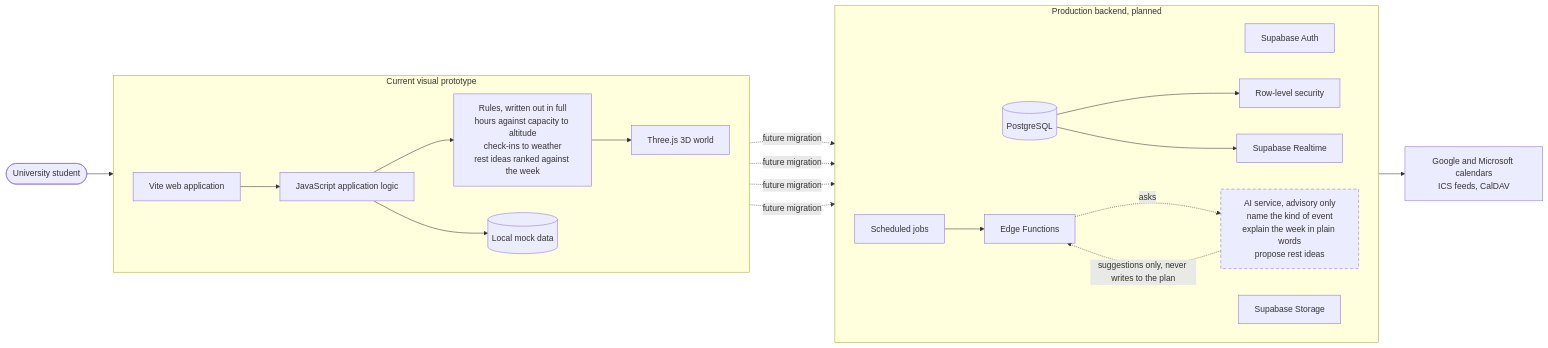
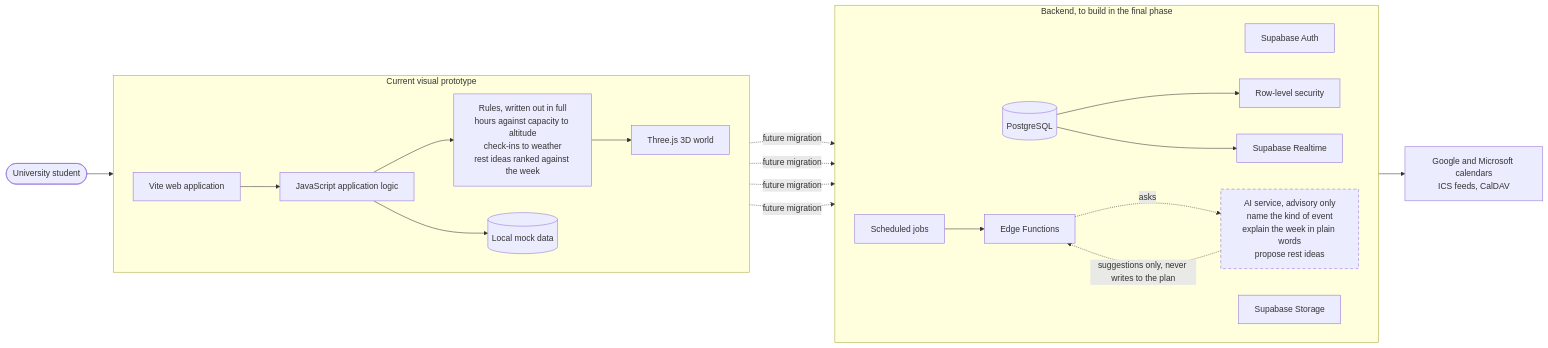
The second of 3 diagrams in README.md (25006675-png/Island_life), drawn with Mermaid before and after one commit. The commit also changed other lines of this file and 1 other file, not shown here.

````diff
--- a/README.md
+++ b/README.md
@@ -422,44 +424,44 @@
 ```mermaid
 flowchart LR
   student([University student])
 
   subgraph proto["Current visual prototype"]
     direction LR
     vite["Vite web application"]
     logic["JavaScript application logic"]
     rules["Rules, written out in full<br/>hours against capacity to altitude<br/>check-ins to weather<br/>rest ideas ranked against the week"]
     world["Three.js 3D world"]
     mock[("Local mock data")]
   end
 
-  subgraph prod["Production backend, planned"]
+  subgraph prod["Backend, to build in the final phase"]
     direction LR
     auth["Supabase Auth"]
     db[("PostgreSQL")]
     rls["Row-level security"]
     realtime["Supabase Realtime"]
     storage["Supabase Storage"]
     cron["Scheduled jobs"]
     edge["Edge Functions"]
     ai["AI service, advisory only<br/>name the kind of event<br/>explain the week in plain words<br/>propose rest ideas"]
   end
 
   cal["Google and Microsoft calendars<br/>ICS feeds, CalDAV"]
 
   student --> vite --> logic
   logic --> rules --> world
   logic --> mock
   logic -. future migration .-> auth
   logic -. future migration .-> db
   logic -. future migration .-> storage
   logic -. future migration .-> edge
   db --> rls
   db --> realtime
   cron --> edge
   edge --> cal
   edge -. asks .-> ai
   ai -. suggestions only, never writes to the plan .-> edge
 
   classDef planned stroke-dasharray:6 4;
   class ai planned;
 ```
````
